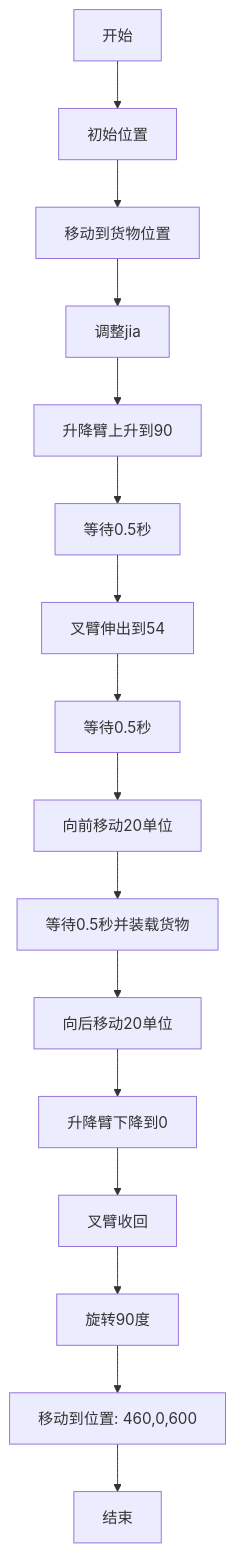
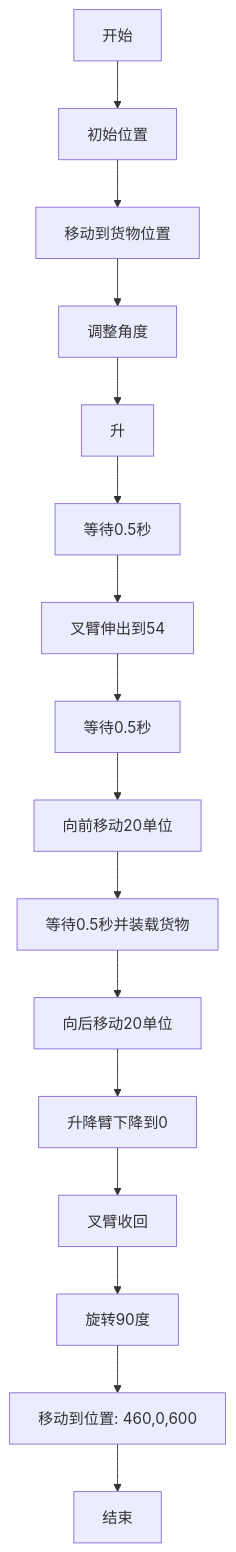
Before and after one commit to Mrmilu212/iodraw-files: the diagram in all/未命名-1.md, drawn with Mermaid.

Commit message:
2025-05-20 14:22:11 update

````diff
--- a/all/未命名-1.md
+++ b/all/未命名-1.md
@@ -1,18 +1,18 @@
 ```mermaid
 graph TD
     A[开始] --> B[初始位置]
     B --> C[移动到货物位置]
-    C --> D[调整jia]
-    D --> E[升降臂上升到90]
+    C --> D[调整角度]
+    D --> E[升]
     E --> F[等待0.5秒]
     F --> G[叉臂伸出到54]
     G --> H[等待0.5秒]
     H --> I[向前移动20单位]
     I --> J[等待0.5秒并装载货物]
     J --> K[向后移动20单位]
     K --> L[升降臂下降到0]
     L --> M[叉臂收回]
     M --> N[旋转90度]
     N --> O[移动到位置: 460,0,600]
     O --> P[结束]
 ```
````
